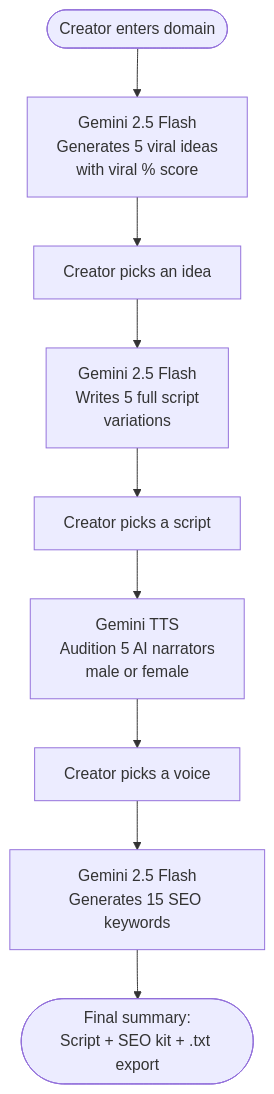
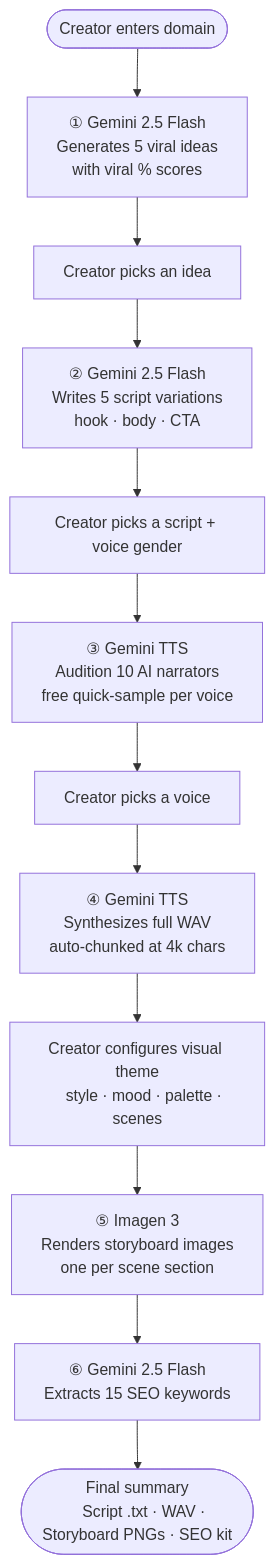
One commit to shaheersalal/Youtube-Ideation-Script-Voice-Tool changed the diagram in README.md. Above: the diagram before and after it, drawn with Mermaid. The commit also changed other lines of this file, not shown here.

First line of the commit message:
docs: update README with 8-step pipeline, cost table, full project structure (Step 12)

````diff
--- a/README.md
+++ b/README.md
@@ -7,11 +7,37 @@
 ```mermaid
 flowchart TD
-    A([Creator enters domain]) --> B[Gemini 2.5 Flash\nGenerates 5 viral ideas\nwith viral % score]
+    A([Creator enters domain]) --> B["① Gemini 2.5 Flash
+    Generates 5 viral ideas
+    with viral % scores"]
+
     B --> C[Creator picks an idea]
-    C --> D[Gemini 2.5 Flash\nWrites 5 full script\nvariations]
-    D --> E[Creator picks a script]
-    E --> F[Gemini TTS\nAudition 5 AI narrators\nmale or female]
+
+    C --> D["② Gemini 2.5 Flash
+    Writes 5 script variations
+    hook · body · CTA"]
+
+    D --> E[Creator picks a script + voice gender]
+
+    E --> F["③ Gemini TTS
+    Audition 10 AI narrators
+    free quick-sample per voice"]
+
     F --> G[Creator picks a voice]
-    G --> H[Gemini 2.5 Flash\nGenerates 15 SEO keywords]
-    H --> I([Final summary:\nScript + SEO kit + .txt export])
+
+    G --> H["④ Gemini TTS
+    Synthesizes full WAV
+    auto-chunked at 4k chars"]
+
+    H --> I[Creator configures visual theme
+    style · mood · palette · scenes]
+
+    I --> J["⑤ Imagen 3
+    Renders storyboard images
+    one per scene section"]
+
+    J --> K["⑥ Gemini 2.5 Flash
+    Extracts 15 SEO keywords"]
+
+    K --> L([Final summary
+    Script .txt · WAV · Storyboard PNGs · SEO kit])
 ```
````
